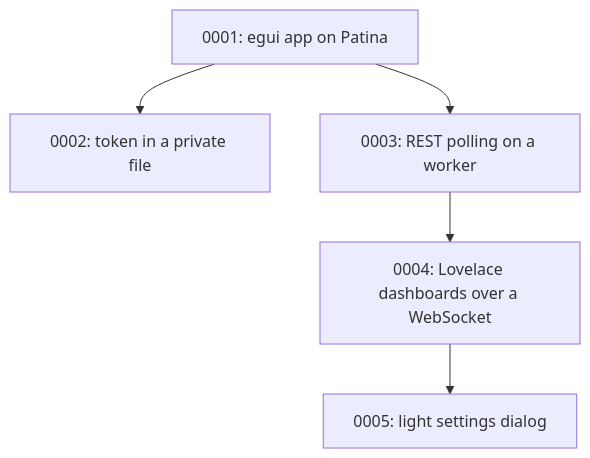
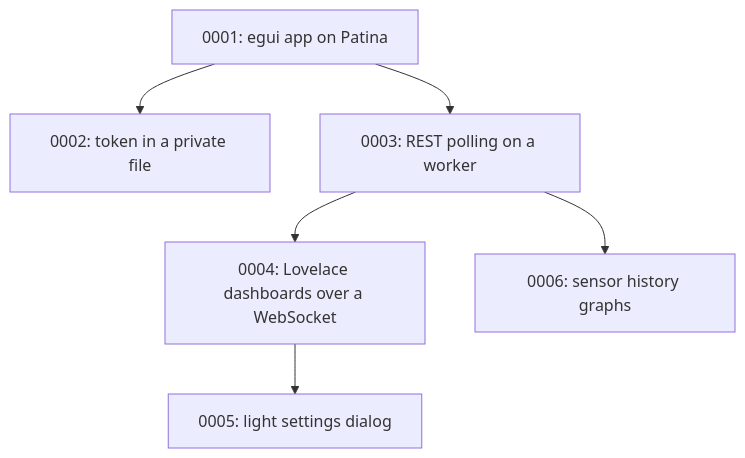
One commit to Sector-F-Labs/patina-desktop changed the diagram in home/docs/adr/README.md. Above: the diagram before and after it, drawn with Mermaid. The commit also changed other lines of this file and 17 other files, not shown here.

Commit message:
Graph numeric sensors: history from the REST API, drawn with egui_plot

````diff
--- a/home/docs/adr/README.md
+++ b/home/docs/adr/README.md
@@ -53,7 +54,8 @@
 ```mermaid
 flowchart TD
     A[0001: egui app on Patina] --> B[0002: token in a private file]
     A --> C[0003: REST polling on a worker]
     C --> D[0004: Lovelace dashboards over a WebSocket]
     D --> E[0005: light settings dialog]
+    C --> F[0006: sensor history graphs]
 ```
````
